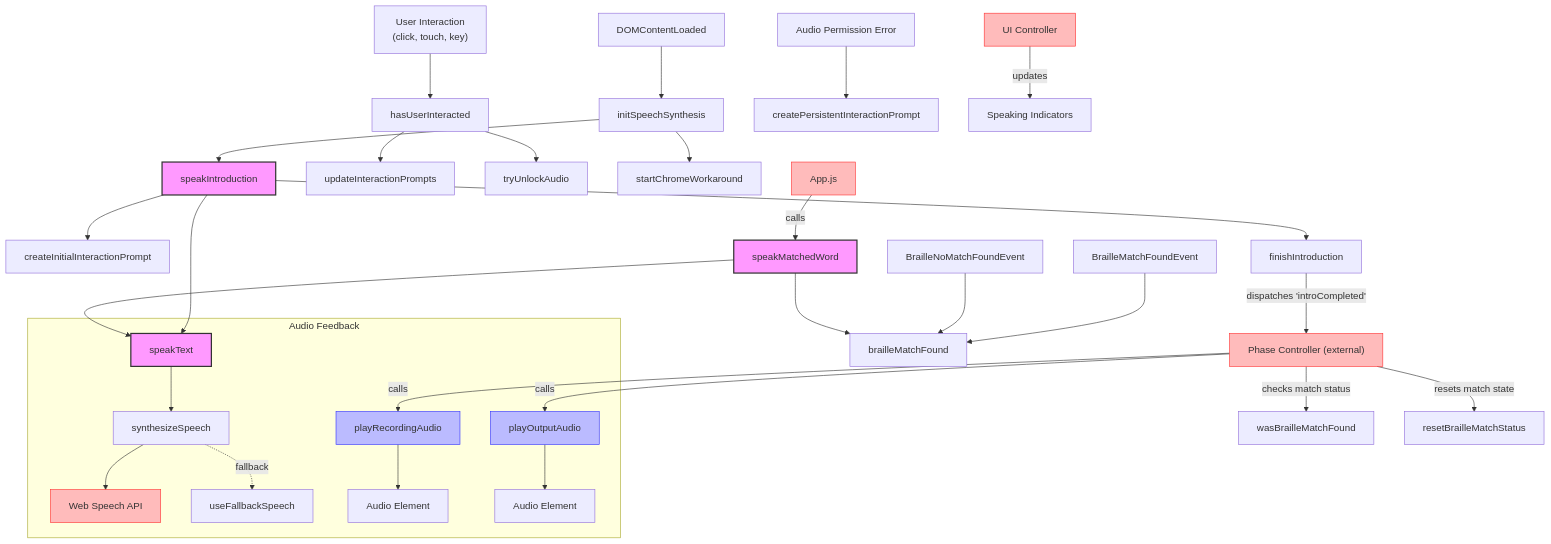
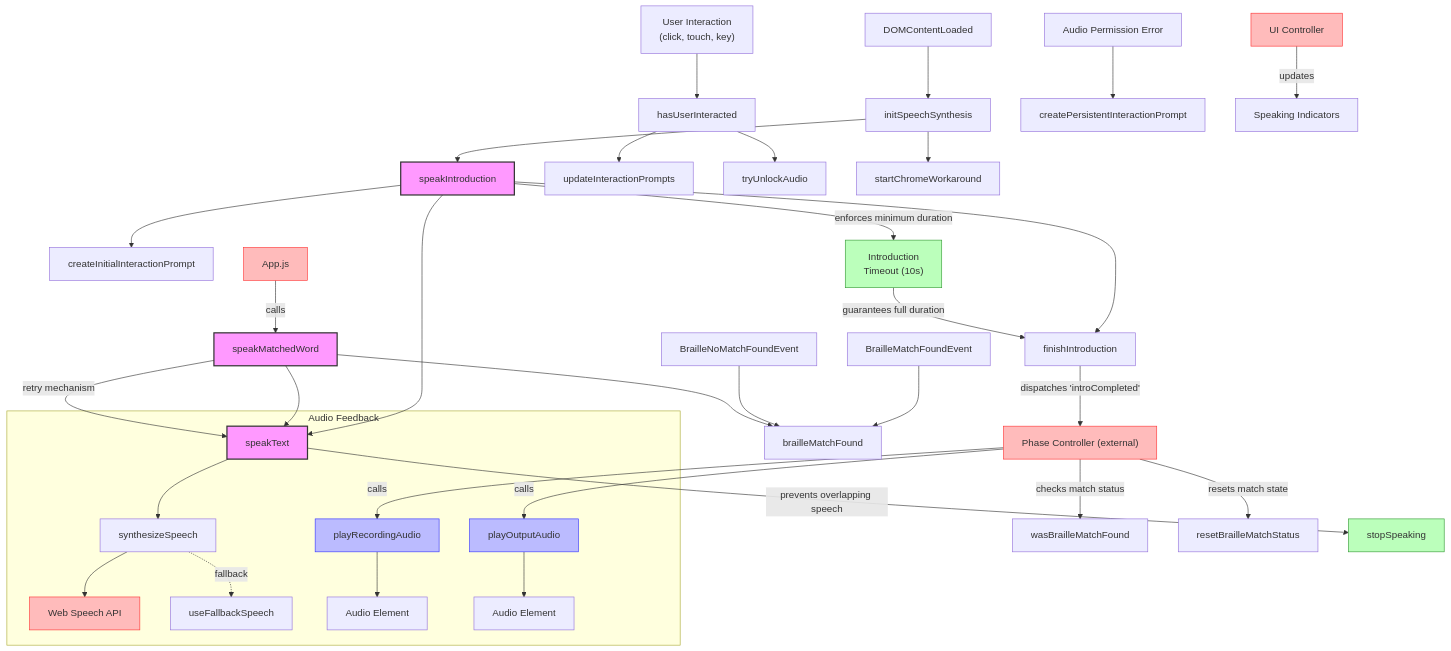
Before and after one commit to FromKylo/speech-to-braille: the diagram in docs/text-to-speech-documentation.md, drawn with Mermaid. The commit also changed other lines of this file and 2 other files, not shown here.

````diff
--- a/docs/text-to-speech-documentation.md
+++ b/docs/text-to-speech-documentation.md
@@ -50,59 +50,69 @@
 ```mermaid
 flowchart TD
     %% Main initialization flow
     DOMContentLoaded --> initSpeechSynthesis
     initSpeechSynthesis --> speakIntroduction
     
     %% Introduction flow
     speakIntroduction --> createInitialInteractionPrompt
     speakIntroduction --> speakText
     speakIntroduction --> finishIntroduction
     finishIntroduction -- "dispatches 'introCompleted'" --> PhaseController["Phase Controller (external)"]
     
     %% User interaction handling
     UserInteraction["User Interaction\n(click, touch, key)"] --> hasUserInteracted
     hasUserInteracted --> updateInteractionPrompts
     hasUserInteracted --> tryUnlockAudio
     
     %% Audio playback paths
     subgraph "Audio Feedback"
         speakText --> synthesizeSpeech
         synthesizeSpeech --> WebSpeechAPI["Web Speech API"]
         synthesizeSpeech -. "fallback" .-> useFallbackSpeech
         playRecordingAudio --> AudioElement1["Audio Element"]
         playOutputAudio --> AudioElement2["Audio Element"]
     end
     
     %% Braille event handling
     BrailleMatchFoundEvent --> brailleMatchFound
     BrailleNoMatchFoundEvent --> brailleMatchFound
     
     %% State checking
     PhaseController -- "checks match status" --> wasBrailleMatchFound
     PhaseController -- "resets match state" --> resetBrailleMatchStatus
     
     %% Main functional flow
     speakMatchedWord --> speakText
     speakMatchedWord --> brailleMatchFound
     
     %% Chrome specific workarounds
     initSpeechSynthesis --> startChromeWorkaround
     
     %% Error handling
     AudioFailure["Audio Permission Error"] --> createPersistentInteractionPrompt
     
     %% External component interactions
     App["App.js"] -- "calls" --> speakMatchedWord
     PhaseController -- "calls" --> playRecordingAudio
     PhaseController -- "calls" --> playOutputAudio
     UIController["UI Controller"] -- "updates" --> speakingIndicator["Speaking Indicators"]
     
+    %% Phase timing control
+    speakIntroduction -- "enforces minimum duration" --> introTimeout["Introduction\nTimeout (10s)"]
+    introTimeout -- "guarantees full duration" --> finishIntroduction
+    
+    %% Speech coordination
+    speakText -- "prevents overlapping speech" --> stopSpeaking
+    speakMatchedWord -- "retry mechanism" --> speakText
+    
     %% Styling
     classDef mainFunc fill:#f9f,stroke:#333,stroke-width:2px;
     classDef eventFunc fill:#bbf,stroke:#33f,stroke-width:1px;
     classDef external fill:#fbb,stroke:#f33,stroke-width:1px;
+    classDef timing fill:#bfb,stroke:#393,stroke-width:1px;
     
     class speakIntroduction,speakText,speakMatchedWord mainFunc;
     class playRecordingAudio,playOutputAudio eventFunc;
     class App,PhaseController,UIController,WebSpeechAPI external;
+    class introTimeout,stopSpeaking timing;
 ```
````
